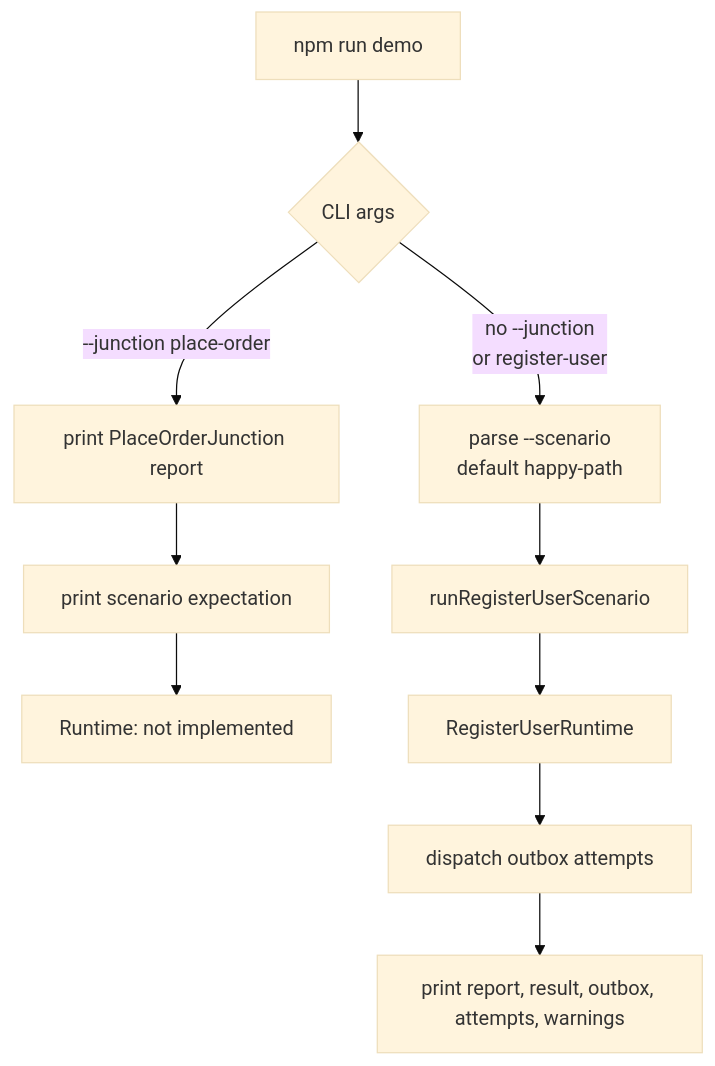
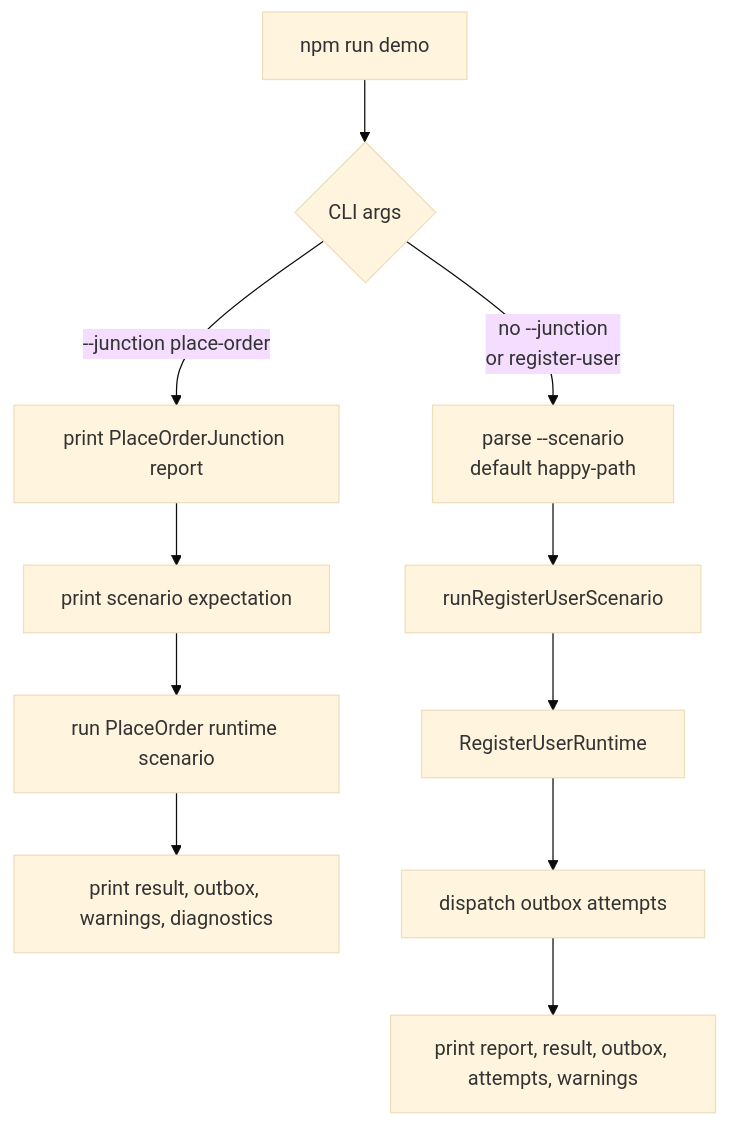
Before and after one commit to hayashikentaro/effect-junction: the fourth of 9 diagrams in docs/11-implementation-map.md, drawn with Mermaid (base theme). The commit also changed other lines of this file and 5 other files, not shown here.

Commit message:
Implement PlaceOrder analytics failure scenario

````diff
--- a/docs/11-implementation-map.md
+++ b/docs/11-implementation-map.md
@@ -153,13 +156,14 @@
 ```mermaid
 flowchart TD
   Start[npm run demo] --> Args{CLI args}
   Args -->|no --junction<br/>or register-user| Scenario[parse --scenario<br/>default happy-path]
   Args -->|--junction place-order| PlaceReport[print PlaceOrderJunction report]
   PlaceReport --> Expectation[print scenario expectation]
-  Expectation --> PlaceStop[Runtime: not implemented]
+  Expectation --> PlaceRuntimeResult[run PlaceOrder runtime scenario]
+  PlaceRuntimeResult --> PlaceOutput[print result, outbox, warnings, diagnostics]
 
   Scenario --> RunRegister[runRegisterUserScenario]
   RunRegister --> RegisterRuntime[RegisterUserRuntime]
   RegisterRuntime --> Dispatch[dispatch outbox attempts]
   Dispatch --> Output[print report, result, outbox, attempts, warnings]
 ```
````
